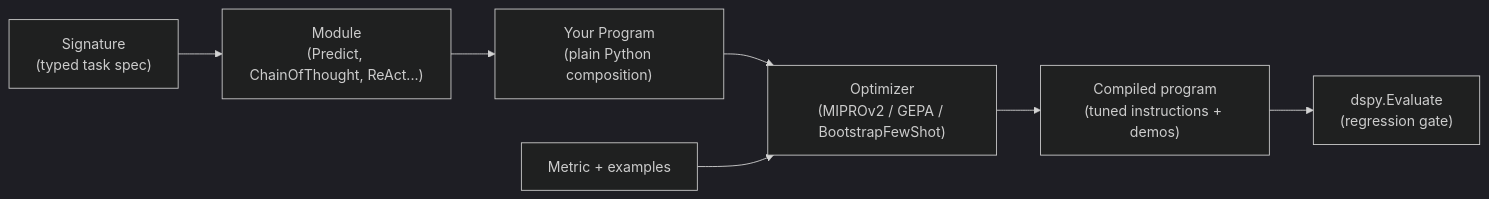
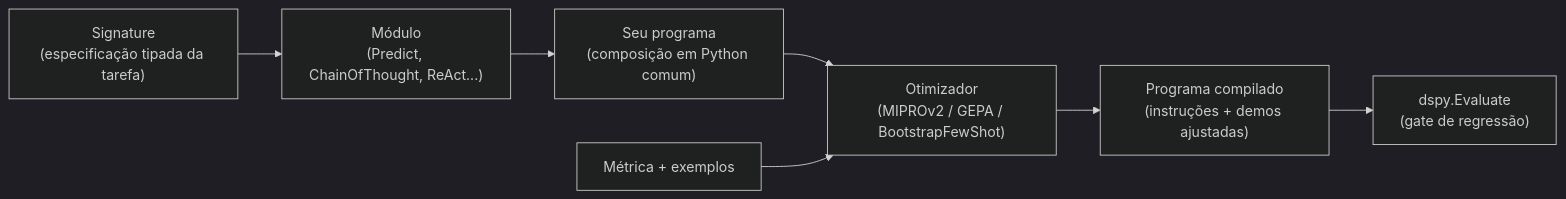
One commit to javaAndScriptDeveloper/codeWithKyryl changed the first of 2 diagrams in _articles/pt-BR/dspy-gepa-vs-miprov2.md. Above: the diagram before and after it, drawn with Mermaid (dark theme). The commit also changed other lines of this file and 41 other files, not shown here.

````diff
--- a/_articles/pt-BR/dspy-gepa-vs-miprov2.md
+++ b/_articles/pt-BR/dspy-gepa-vs-miprov2.md
@@ -95,9 +95,9 @@
 ```mermaid
 flowchart LR
-    A["Signature<br/>(typed task spec)"] --> B["Module<br/>(Predict, ChainOfThought, ReAct...)"]
-    B --> C["Your Program<br/>(plain Python composition)"]
-    C --> D["Optimizer<br/>(MIPROv2 / GEPA / BootstrapFewShot)"]
-    E["Metric + examples"] --> D
-    D --> F["Compiled program<br/>(tuned instructions + demos)"]
-    F --> G["dspy.Evaluate<br/>(regression gate)"]
+    A["Signature<br/>(especificação tipada da tarefa)"] --> B["Módulo<br/>(Predict, ChainOfThought, ReAct...)"]
+    B --> C["Seu programa<br/>(composição em Python comum)"]
+    C --> D["Otimizador<br/>(MIPROv2 / GEPA / BootstrapFewShot)"]
+    E["Métrica + exemplos"] --> D
+    D --> F["Programa compilado<br/>(instruções + demos ajustadas)"]
+    F --> G["dspy.Evaluate<br/>(gate de regressão)"]
 ```
````
